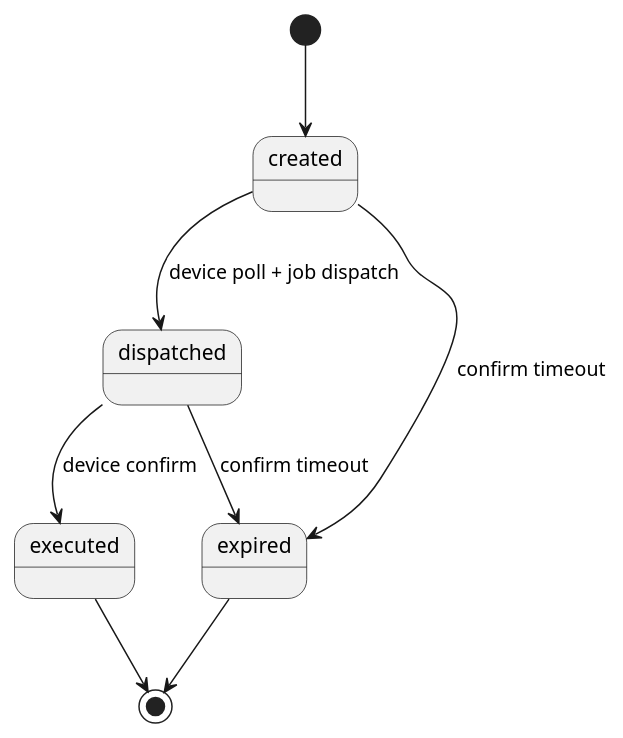
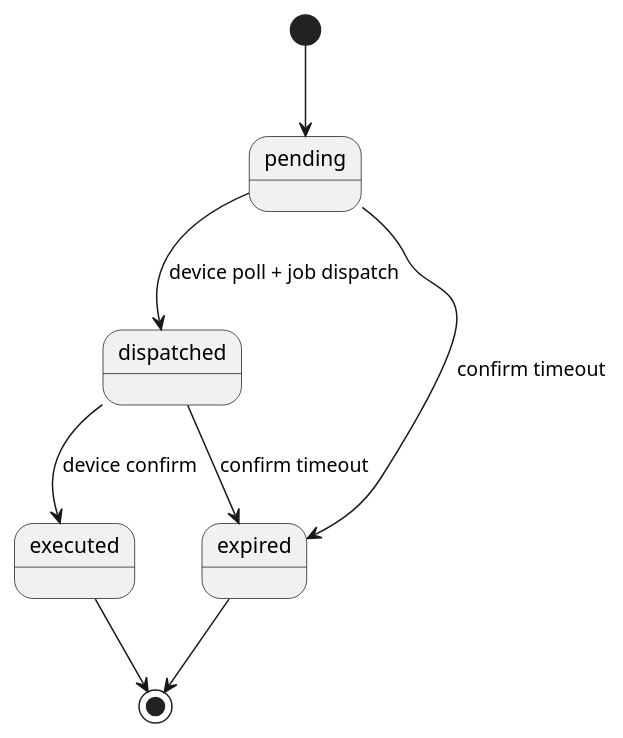
One commit to zukunftsforum-rissen/community-offers-bundle changed the diagram in docs/architecture/doorjob-state-machine.md. Above: the diagram before and after it, drawn with PlantUML. The commit also changed other lines of this file and 49 other files, not shown here.

````diff
--- a/docs/architecture/doorjob-state-machine.md
+++ b/docs/architecture/doorjob-state-machine.md
@@ -30,14 +28,14 @@
 ```plantuml
 @startuml
-[*] --> created
+[*] --> pending
 
-created --> dispatched : device poll + job dispatch
-created --> expired : confirm timeout
+pending --> dispatched : device poll + job dispatch
+pending --> expired : confirm timeout
 
 dispatched --> executed : device confirm
 dispatched --> expired : confirm timeout
 
 executed --> [*]
 expired --> [*]
 @enduml
 ```
````
